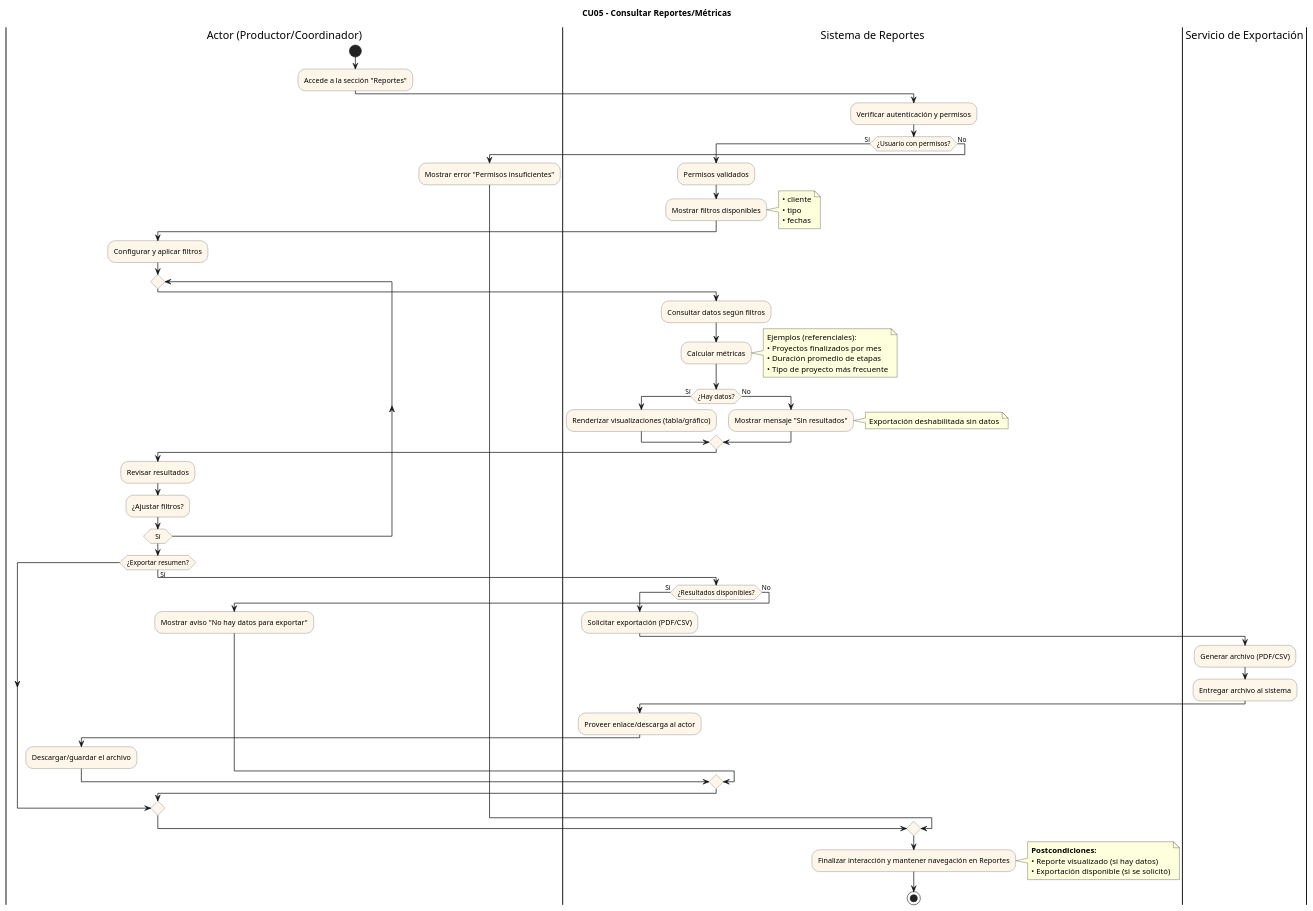
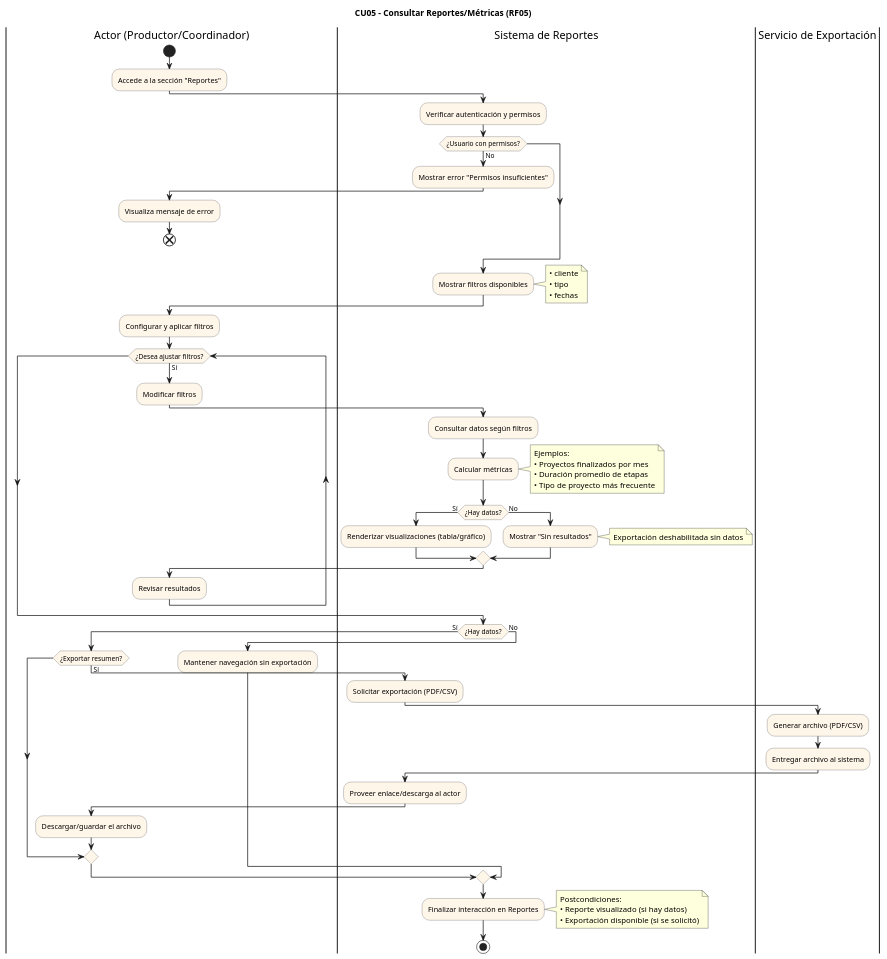
Before and after one commit to dantebiondi666-prog/SistemaProductoraVideos: the diagram in diagramas/04-diagramas-actividades/04-actividad-consultar-reportes-metricas-05.puml, drawn with PlantUML. The commit also changed 2 other files, not shown here.

```diff
--- a/diagramas/04-diagramas-actividades/04-actividad-consultar-reportes-metricas-05.puml
+++ b/diagramas/04-diagramas-actividades/04-actividad-consultar-reportes-metricas-05.puml
@@ -1,89 +1,90 @@
 @startuml 04-actividad-consultar-reportes-metricas-05
-title CU05 – Consultar Reportes/Métricas
+title CU05 – Consultar Reportes/Métricas (RF05)
 
 skinparam activity {
   ArrowThickness 1.2
   BorderColor #555
   BackgroundColor #fff6ea
 }
 skinparam Shadowing false
 
 |Actor (Productor/Coordinador)|
 start
 :Accede a la sección "Reportes";
 
 |Sistema de Reportes|
 :Verificar autenticación y permisos;
-if (¿Usuario con permisos?) then (Sí)
-  :Permisos validados;
+if (¿Usuario con permisos?) then (No)
+  :Mostrar error "Permisos insuficientes";
+  |Actor (Productor/Coordinador)|
+  :Visualiza mensaje de error;
+  end
+endif
 
-  :Mostrar filtros disponibles;
+|Sistema de Reportes|
+:Mostrar filtros disponibles;
+note right
+  • cliente
+  • tipo
+  • fechas
+end note
+
+|Actor (Productor/Coordinador)|
+:Configurar y aplicar filtros;
+
+while (¿Desea ajustar filtros?) is (Sí)
+  :Modificar filtros;
+
+  |Sistema de Reportes|
+  :Consultar datos según filtros;
+  :Calcular métricas;
   note right
-    • cliente
-    • tipo
-    • fechas
+    Ejemplos:
+    • Proyectos finalizados por mes
+    • Duración promedio de etapas
+    • Tipo de proyecto más frecuente
   end note
 
+  if (¿Hay datos?) then (Sí)
+    :Renderizar visualizaciones (tabla/gráfico);
+  else (No)
+    :Mostrar "Sin resultados";
+    note right
+      Exportación deshabilitada sin datos
+    end note
+  endif
+
   |Actor (Productor/Coordinador)|
-  :Configurar y aplicar filtros;
+  :Revisar resultados;
+endwhile
 
-
-  repeat
-    |Sistema de Reportes|
-    :Consultar datos según filtros;
-    :Calcular métricas;
-    note right
-      Ejemplos (referenciales):
-      • Proyectos finalizados por mes
-      • Duración promedio de etapas
-      • Tipo de proyecto más frecuente
-    end note
-
-    if (¿Hay datos?) then (Sí)
-      :Renderizar visualizaciones (tabla/gráfico);
-    else (No)
-      :Mostrar mensaje "Sin resultados";
-      note right
-        Exportación deshabilitada sin datos
-      end note
-    endif
-
-    |Actor (Productor/Coordinador)|
-    :Revisar resultados;
-    :¿Ajustar filtros?;
-  repeat while (Sí)
-
-
+|Sistema de Reportes|
+if (¿Hay datos?) then (Sí)
   |Actor (Productor/Coordinador)|
   if (¿Exportar resumen?) then (Sí)
     |Sistema de Reportes|
-    if (¿Resultados disponibles?) then (Sí)
-      :Solicitar exportación (PDF/CSV);
+    :Solicitar exportación (PDF/CSV);
 
-      |Servicio de Exportación|
-      :Generar archivo (PDF/CSV);
-      :Entregar archivo al sistema;
+    |Servicio de Exportación|
+    :Generar archivo (PDF/CSV);
+    :Entregar archivo al sistema;
 
-      |Sistema de Reportes|
-      :Proveer enlace/descarga al actor;
+    |Sistema de Reportes|
+    :Proveer enlace/descarga al actor;
 
-      |Actor (Productor/Coordinador)|
-      :Descargar/guardar el archivo;
-    else (No)
-      :Mostrar aviso "No hay datos para exportar";
-    endif
+    |Actor (Productor/Coordinador)|
+    :Descargar/guardar el archivo;
   endif
-
 else (No)
-  :Mostrar error "Permisos insuficientes";
+  :Mantener navegación sin exportación;
 endif
 
 |Sistema de Reportes|
-:Finalizar interacción y mantener navegación en Reportes;
+:Finalizar interacción en Reportes;
 note right
-  **Postcondiciones:**
+  Postcondiciones:
   • Reporte visualizado (si hay datos)
   • Exportación disponible (si se solicitó)
 end note
 stop
 @enduml
```
